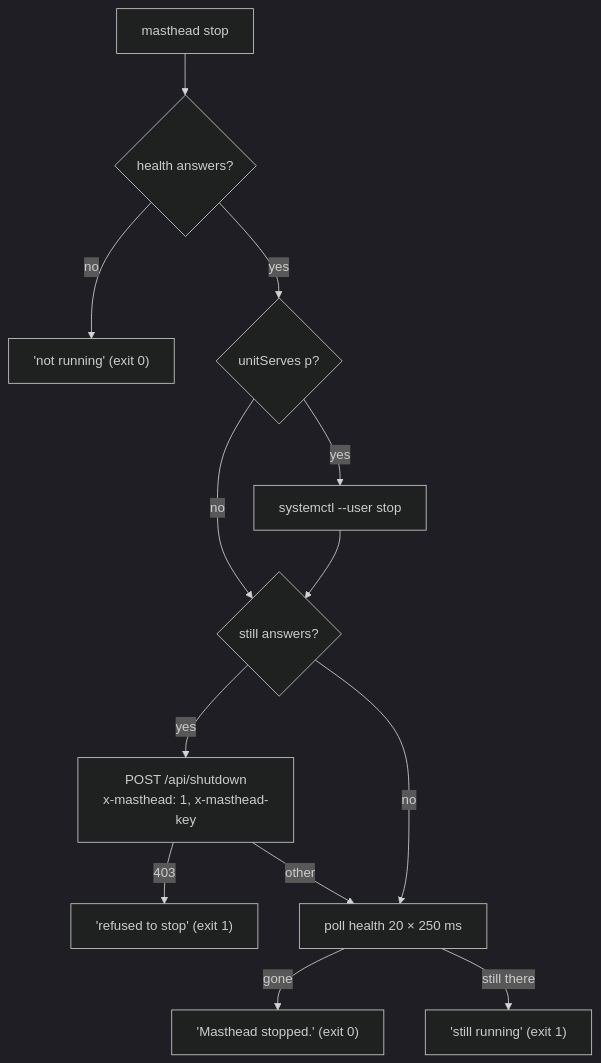
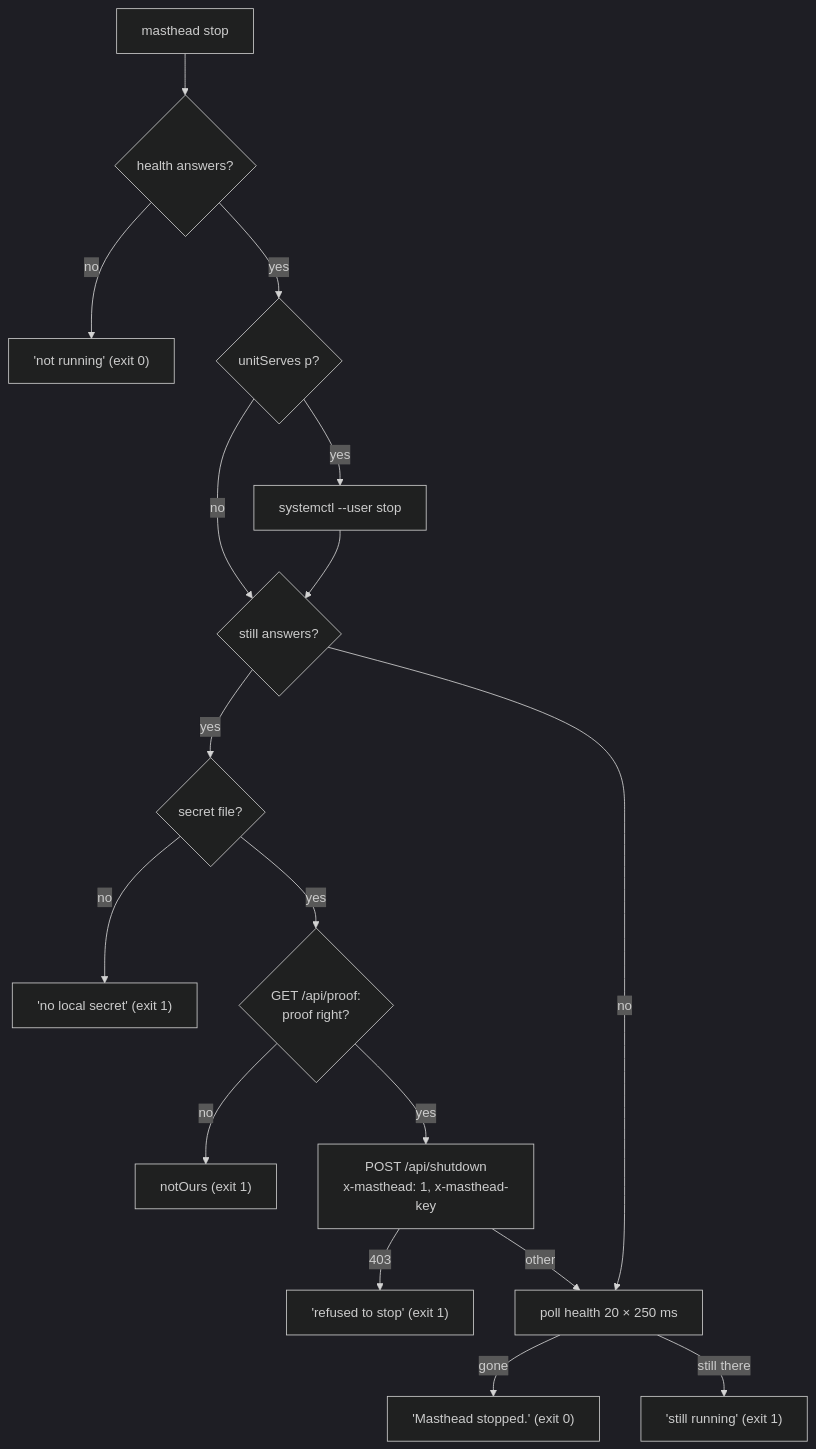
Before and after one commit to Luxorium/masthead: the diagram in docs/wiki/Source-Main.md, drawn with Mermaid (dark theme). The commit also changed other lines of this file and 66 other files, not shown here.

````diff
--- a/docs/wiki/Source-Main.md
+++ b/docs/wiki/Source-Main.md
@@ -101,15 +111,19 @@
 ```mermaid
 flowchart TD
   A[masthead stop] --> B{health answers?}
   B -- no --> N["'not running' (exit 0)"]
   B -- yes --> U{unitServes p?}
   U -- yes --> S[systemctl --user stop]
   U -- no --> C
   S --> C{still answers?}
-  C -- yes --> P["POST /api/shutdown<br/>x-masthead: 1, x-masthead-key"]
+  C -- yes --> K{secret file?}
+  K -- no --> NK["'no local secret' (exit 1)"]
+  K -- yes --> V{"GET /api/proof:<br/>proof right?"}
+  V -- no --> NO["notOurs (exit 1)"]
+  V -- yes --> P["POST /api/shutdown<br/>x-masthead: 1, x-masthead-key"]
   P -- 403 --> R["'refused to stop' (exit 1)"]
   P -- other --> W
   C -- no --> W[poll health 20 × 250 ms]
   W -- gone --> OK["'Masthead stopped.' (exit 0)"]
   W -- still there --> F["'still running' (exit 1)"]
 ```
````
